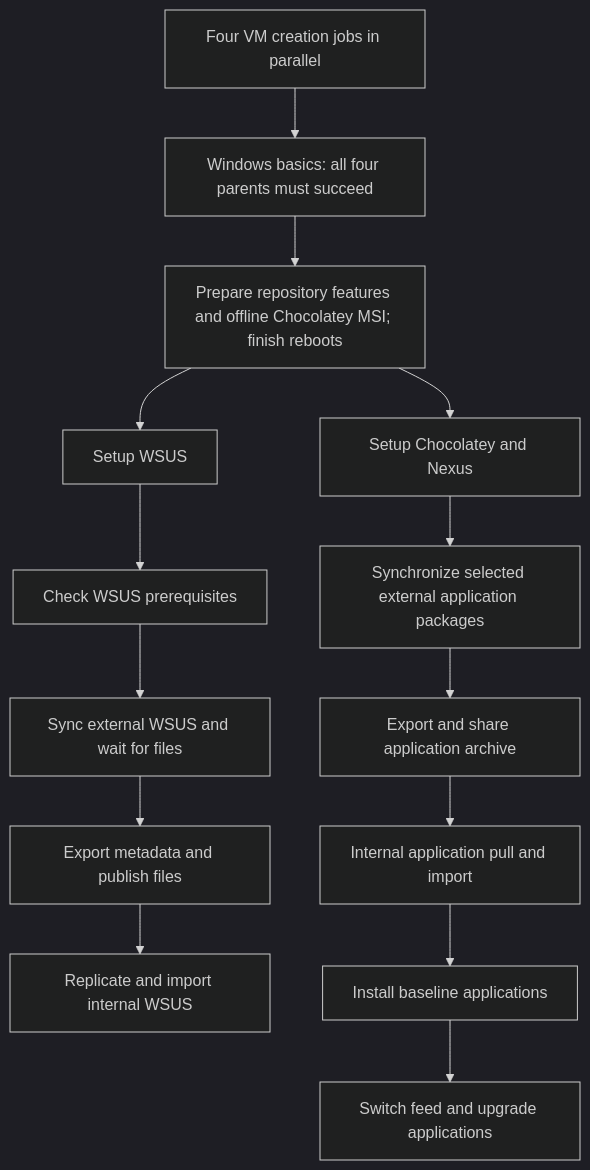
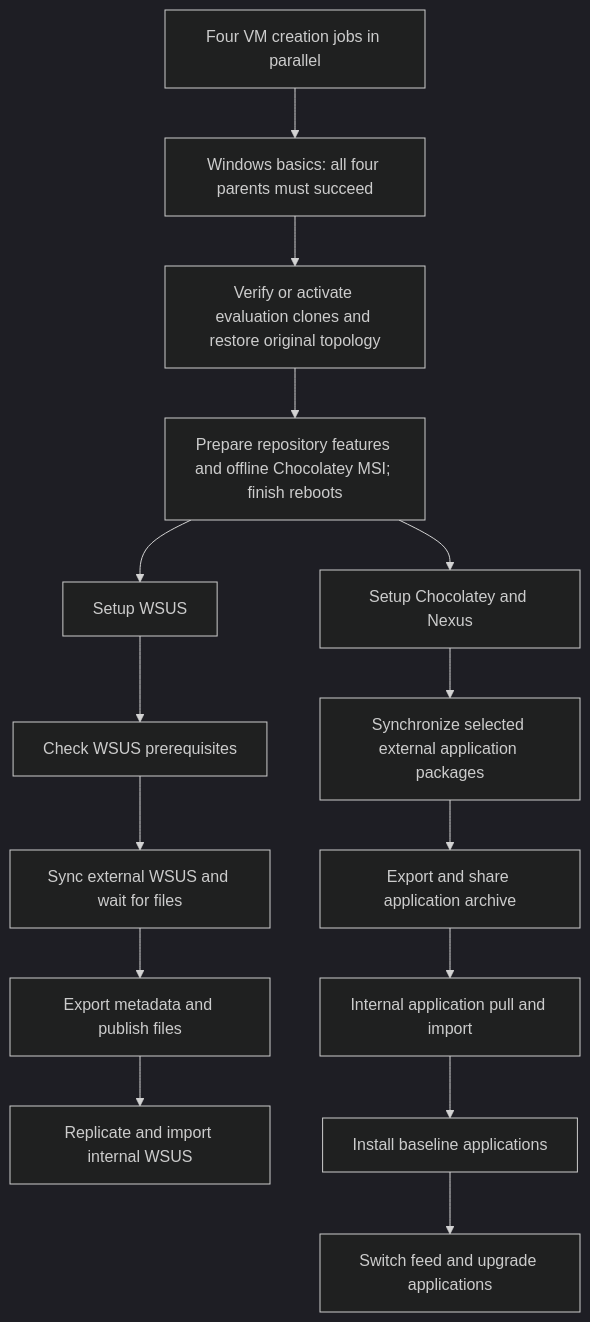
Before and after one commit to kvegh/disconnected-windows-patching: the diagram in docs/wsus-data-flow.md, drawn with Mermaid (dark theme). The commit also changed other lines of this file and 3 other files, not shown here.

````diff
--- a/docs/wsus-data-flow.md
+++ b/docs/wsus-data-flow.md
@@ -23,16 +23,17 @@
 ```mermaid
 flowchart TD
   V[Four VM creation jobs in parallel] --> B[Windows basics: all four parents must succeed]
-  B --> P[Prepare repository features and offline Chocolatey MSI; finish reboots]
+  B --> A[Verify or activate evaluation clones and restore original topology]
+  A --> P[Prepare repository features and offline Chocolatey MSI; finish reboots]
   P --> W[Setup WSUS]
   P --> C[Setup Chocolatey and Nexus]
   W --> R[Check WSUS prerequisites]
   R --> S[Sync external WSUS and wait for files]
   S --> E[Export metadata and publish files]
   E --> I[Replicate and import internal WSUS]
   C --> CS[Synchronize selected external application packages]
   CS --> CE[Export and share application archive]
   CE --> CI[Internal application pull and import]
   CI --> CB[Install baseline applications]
   CB --> CU[Switch feed and upgrade applications]
 ```
````
